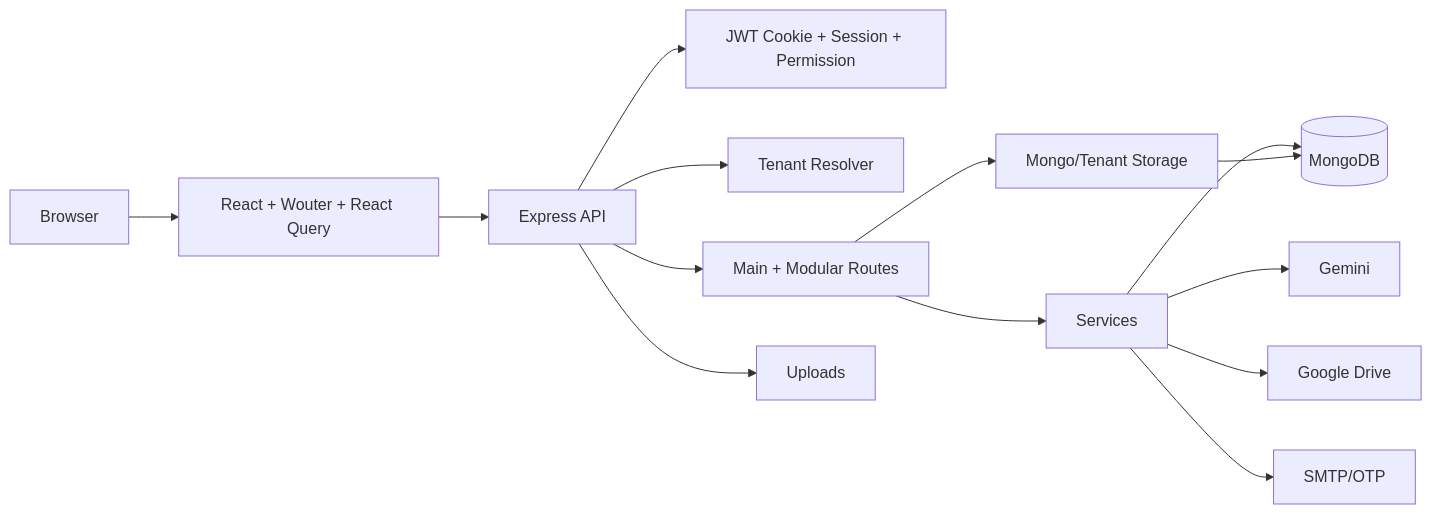
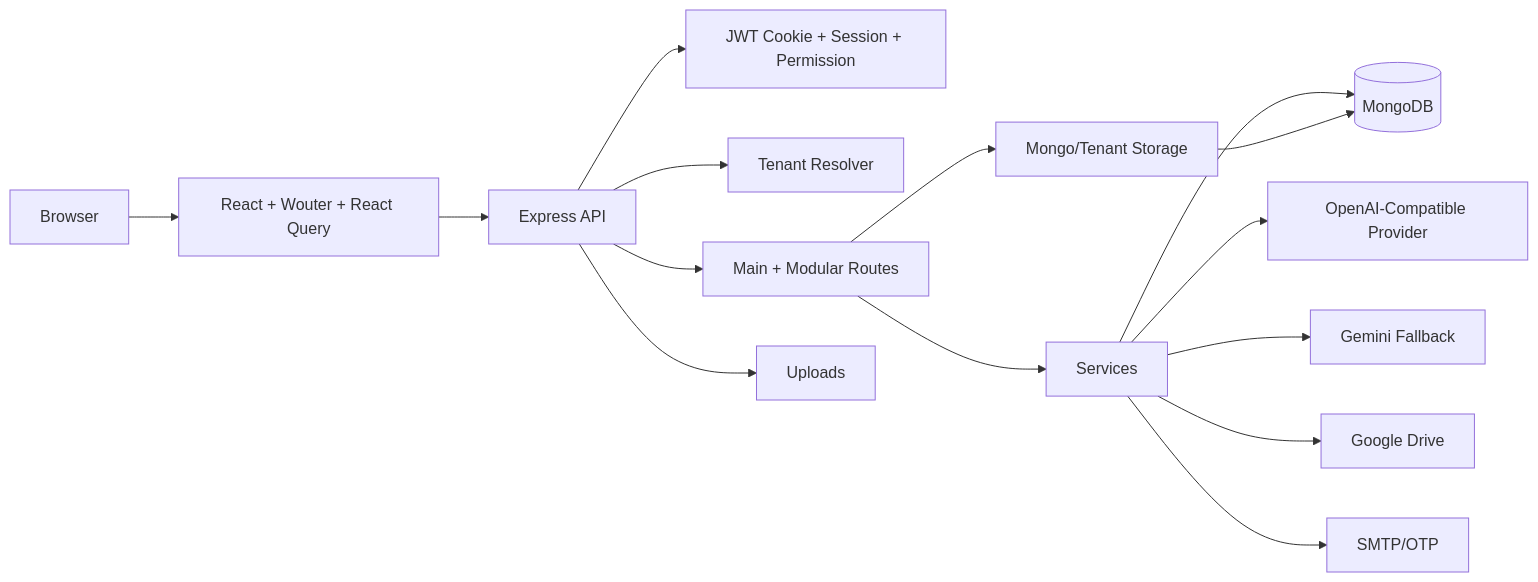
One commit to Sadamdi/hmps changed the diagram in docs/architecture/application-architecture.md. Above: the diagram before and after it, drawn with Mermaid. The commit also changed other lines of this file and 4 other files, not shown here.

````diff
--- a/docs/architecture/application-architecture.md
+++ b/docs/architecture/application-architecture.md
@@ -7,16 +7,17 @@
 ```mermaid
 flowchart LR
   Browser --> React[React + Wouter + React Query]
   React --> API[Express API]
   API --> Auth[JWT Cookie + Session + Permission]
   API --> Tenant[Tenant Resolver]
   API --> Routes[Main + Modular Routes]
   Routes --> Services[Services]
   Routes --> Storage[Mongo/Tenant Storage]
   Services --> Mongo[(MongoDB)]
   Storage --> Mongo
-  Services --> Gemini[Gemini]
+  Services --> OpenAI[OpenAI-Compatible Provider]
+  Services --> Gemini[Gemini Fallback]
   Services --> GDrive[Google Drive]
   Services --> Email[SMTP/OTP]
   API --> Uploads[Uploads]
 ```
````
